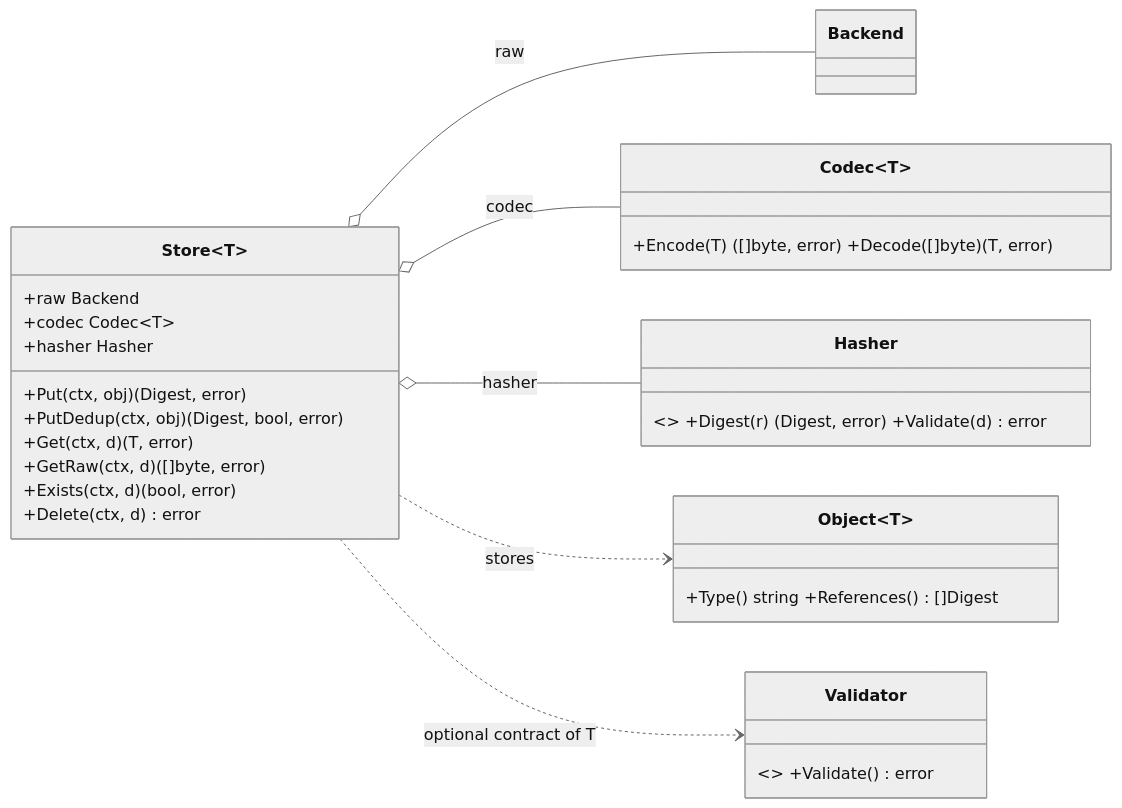
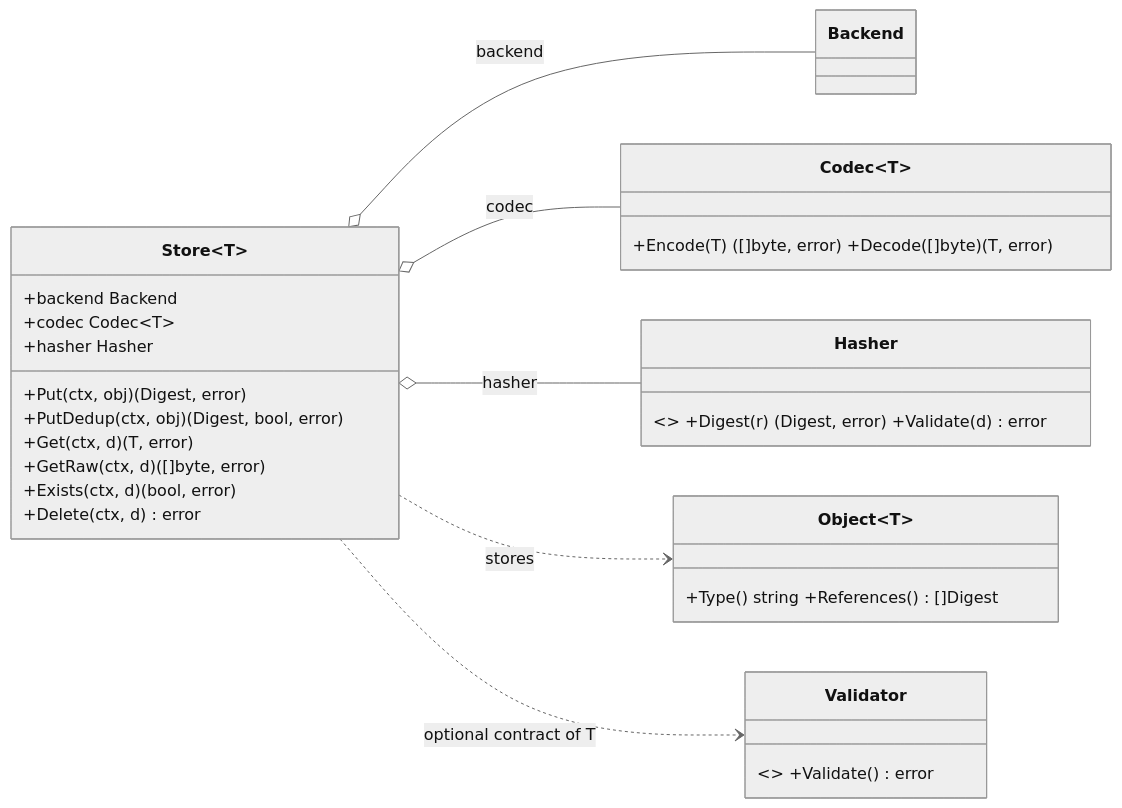
The fourth of 6 diagrams in docs/specs/cas-core.md (dmundt/go-cask), drawn with Mermaid (neutral theme) before and after one commit. The commit also changed other lines of this file and 81 other files, not shown here.

````diff
--- a/docs/specs/cas-core.md
+++ b/docs/specs/cas-core.md
@@ -177,24 +177,24 @@
 ```mermaid
 classDiagram
     direction LR
     class Object~T~ { +Type() string +References() []Digest }
     class Codec~T~ { +Encode(T) ([]byte, error) +Decode([]byte) (T, error) }
     class Hasher { <<interface>> +Digest(r) (Digest, error) +Validate(d) error }
     class Validator { <<interface>> +Validate() error }
     class Store~T~ {
-        +raw Backend
+        +backend Backend
         +codec Codec~T~
         +hasher Hasher
         +Put(ctx, obj) (Digest, error)
         +PutDedup(ctx, obj) (Digest, bool, error)
         +Get(ctx, d) (T, error)
         +GetRaw(ctx, d) ([]byte, error)
         +Exists(ctx, d) (bool, error)
         +Delete(ctx, d) error
     }
-    Store~T~ o-- Backend : raw
+    Store~T~ o-- Backend : backend
     Store~T~ o-- Codec~T~ : codec
     Store~T~ o-- Hasher : hasher
     Store~T~ ..> Object~T~ : stores
     Store~T~ ..> Validator : optional contract of T
 ```
````
